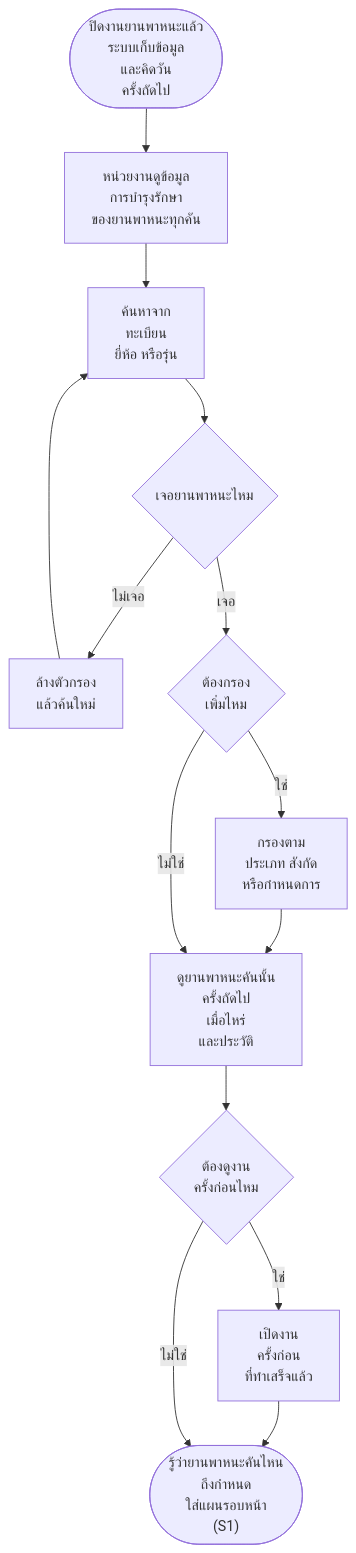
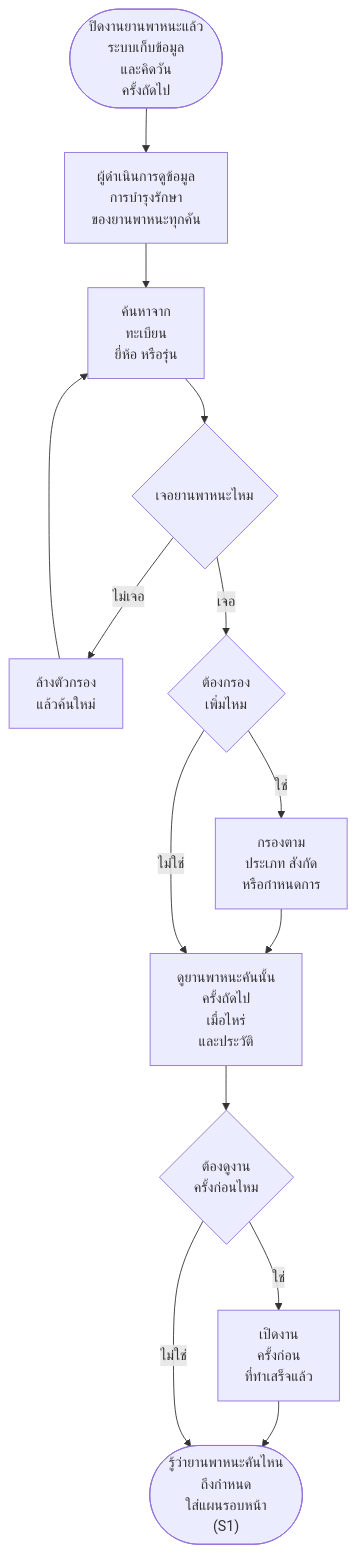
One commit to anugmail/Maintenance-Request-Form changed diagram 19 of 19 in Diagram/01-บำรุงรักษาตามวาระ/27-บำรุงรักษา-flowchart-กิจกรรม.md. Above: the diagram before and after it, drawn with Mermaid. The commit also changed other lines of this file and 21 other files, not shown here.

````diff
--- a/Diagram/01-บำรุงรักษาตามวาระ/27-บำรุงรักษา-flowchart-กิจกรรม.md
+++ b/Diagram/01-บำรุงรักษาตามวาระ/27-บำรุงรักษา-flowchart-กิจกรรม.md
@@ -402,16 +389,16 @@
 ```mermaid
 flowchart TD
-    S(["ปิดงานยานพาหนะแล้ว<br/>ระบบเก็บข้อมูล<br/>และคิดวัน<br/>ครั้งถัดไป"]) --> A1["หน่วยงานดูข้อมูล<br/>การบำรุงรักษา<br/>ของยานพาหนะทุกคัน"]
+    S(["ปิดงานยานพาหนะแล้ว<br/>ระบบเก็บข้อมูล<br/>และคิดวัน<br/>ครั้งถัดไป"]) --> A1["ผู้ดำเนินการดูข้อมูล<br/>การบำรุงรักษา<br/>ของยานพาหนะทุกคัน"]
     A1 --> A2["ค้นหาจาก<br/>ทะเบียน<br/>ยี่ห้อ หรือรุ่น"]
     A2 --> Q1{"เจอยานพาหนะไหม"}
     Q1 -->|ไม่เจอ| A3["ล้างตัวกรอง<br/>แล้วค้นใหม่"]
     A3 --> A2
     Q1 -->|เจอ| Q2{"ต้องกรอง<br/>เพิ่มไหม"}
     Q2 -->|ใช่| A4["กรองตาม<br/>ประเภท สังกัด<br/>หรือกำหนดการ"]
     A4 --> A5
     Q2 -->|ไม่ใช่| A5["ดูยานพาหนะคันนั้น<br/>ครั้งถัดไป<br/>เมื่อไหร่<br/>และประวัติ"]
     A5 --> Q3{"ต้องดูงาน<br/>ครั้งก่อนไหม"}
     Q3 -->|ใช่| A6["เปิดงาน<br/>ครั้งก่อน<br/>ที่ทำเสร็จแล้ว"]
     A6 --> E
     Q3 -->|ไม่ใช่| E(["รู้ว่ายานพาหนะคันไหน<br/>ถึงกำหนด<br/>ใส่แผนรอบหน้า<br/>(S1)"])
 ```
````
